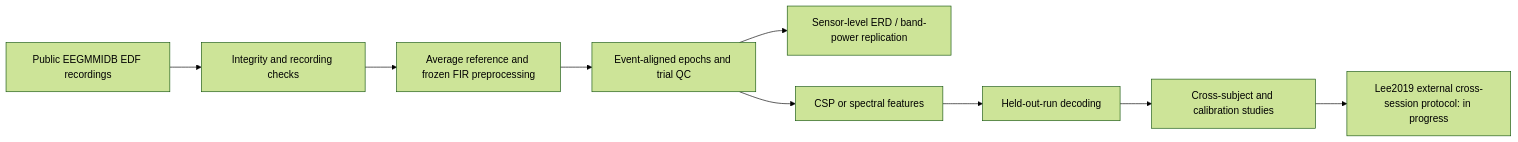
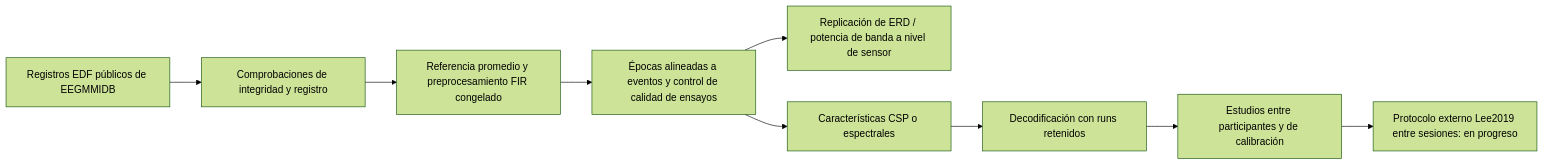
One commit to DevMateodmnz/EEG changed the diagram in README.md. Above: the diagram before and after it, drawn with Mermaid (forest theme). The commit also changed other lines of this file and 2 other files, not shown here.

````diff
--- a/README.md
+++ b/README.md
@@ -45,11 +45,11 @@
 ```mermaid
 flowchart LR
-  A[Public EEGMMIDB EDF recordings] --> B[Integrity and recording checks]
-  B --> C[Average reference and frozen FIR preprocessing]
-  C --> D[Event-aligned epochs and trial QC]
-  D --> E[Sensor-level ERD / band-power replication]
-  D --> F[CSP or spectral features]
-  F --> G[Held-out-run decoding]
-  G --> H[Cross-subject and calibration studies]
-  H --> I[Lee2019 external cross-session protocol: in progress]
+  A[Registros EDF públicos de EEGMMIDB] --> B[Comprobaciones de integridad y registro]
+  B --> C[Referencia promedio y preprocesamiento FIR congelado]
+  C --> D[Épocas alineadas a eventos y control de calidad de ensayos]
+  D --> E[Replicación de ERD / potencia de banda a nivel de sensor]
+  D --> F[Características CSP o espectrales]
+  F --> G[Decodificación con runs retenidos]
+  G --> H[Estudios entre participantes y de calibración]
+  H --> I[Protocolo externo Lee2019 entre sesiones: en progreso]
 ```
````
